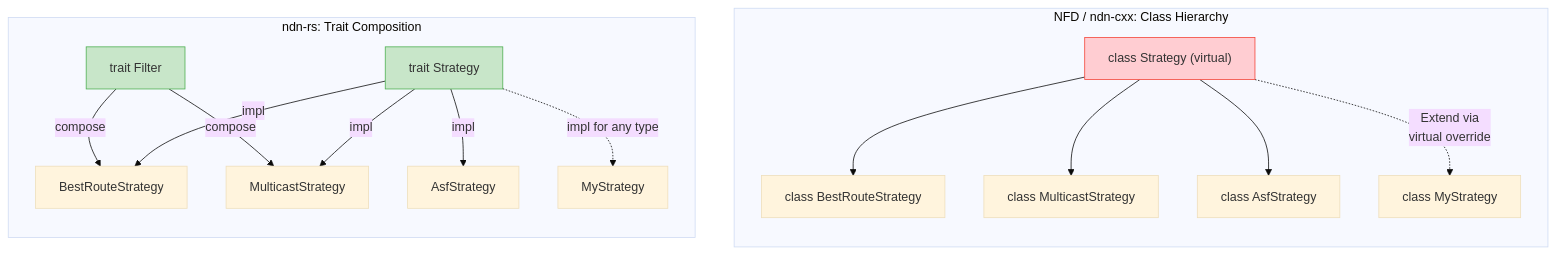
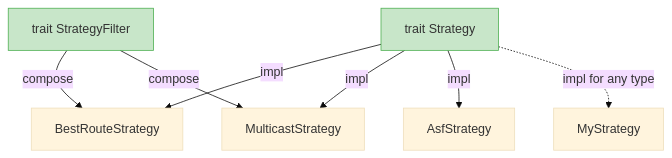
The second of 3 diagrams in docs/wiki/src/design/overview.md (Quarmire/ndn-rs), drawn with Mermaid (base theme) before and after one commit. The commit also changed other lines of this file and 14 other files, not shown here.

````diff
--- a/docs/wiki/src/design/overview.md
+++ b/docs/wiki/src/design/overview.md
@@ -70,26 +70,13 @@
 ```mermaid
 graph TB
-    subgraph "NFD / ndn-cxx: Class Hierarchy"
-        direction TB
-        SBase["class Strategy (virtual)"]
-        SBase --> BR["class BestRouteStrategy"]
-        SBase --> MC["class MulticastStrategy"]
-        SBase --> ASF["class AsfStrategy"]
-        SBase -.->|"Extend via<br/>virtual override"| NEW1["class MyStrategy"]
-    end
+    STrait["trait Strategy"]
+    STrait -->|"impl"| BR2["BestRouteStrategy"]
+    STrait -->|"impl"| MC2["MulticastStrategy"]
+    STrait -->|"impl"| ASF2["AsfStrategy"]
+    STrait -.->|"impl for any type"| NEW2["MyStrategy"]
+    FTrait["trait StrategyFilter"] -->|"compose"| BR2
+    FTrait -->|"compose"| MC2
 
-    subgraph "ndn-rs: Trait Composition"
-        direction TB
-        STrait["trait Strategy"]
-        STrait -->|"impl"| BR2["BestRouteStrategy"]
-        STrait -->|"impl"| MC2["MulticastStrategy"]
-        STrait -->|"impl"| ASF2["AsfStrategy"]
-        STrait -.->|"impl for any type"| NEW2["MyStrategy"]
-        FTrait["trait Filter"] -->|"compose"| BR2
-        FTrait -->|"compose"| MC2
-    end
-
-    style SBase fill:#ffcdd2,stroke:#F44336
     style STrait fill:#c8e6c9,stroke:#4CAF50
     style FTrait fill:#c8e6c9,stroke:#4CAF50
 ```
````
